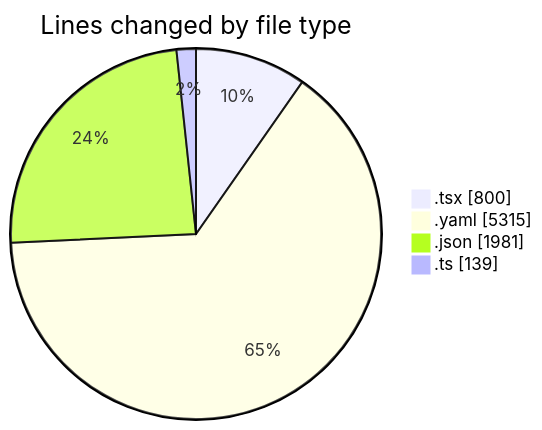
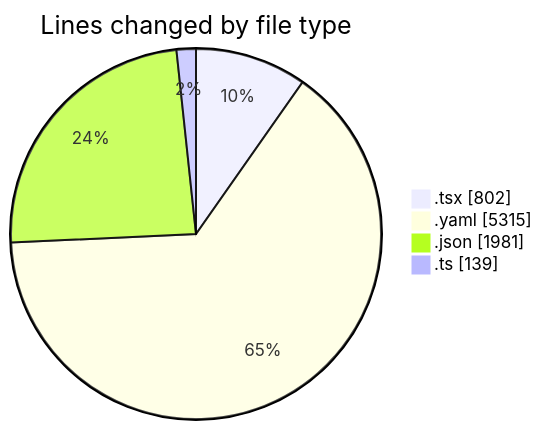
One commit to julien-gomy/code-tracking changed the first of 2 diagrams in 2025-11-07/eventscop-frontend-guide__workspace_/README.md. Above: the diagram before and after it, drawn with Mermaid. The commit also changed other lines of this file and 1 other file, not shown here.

````diff
--- a/2025-11-07/eventscop-frontend-guide__workspace_/README.md
+++ b/2025-11-07/eventscop-frontend-guide__workspace_/README.md
@@ -31,8 +32,8 @@
 ```mermaid
 pie showData
 title Lines changed by file type
-".tsx" : 800
+".tsx" : 802
 ".yaml" : 5315
 ".json" : 1981
 ".ts" : 139
 ```
````
